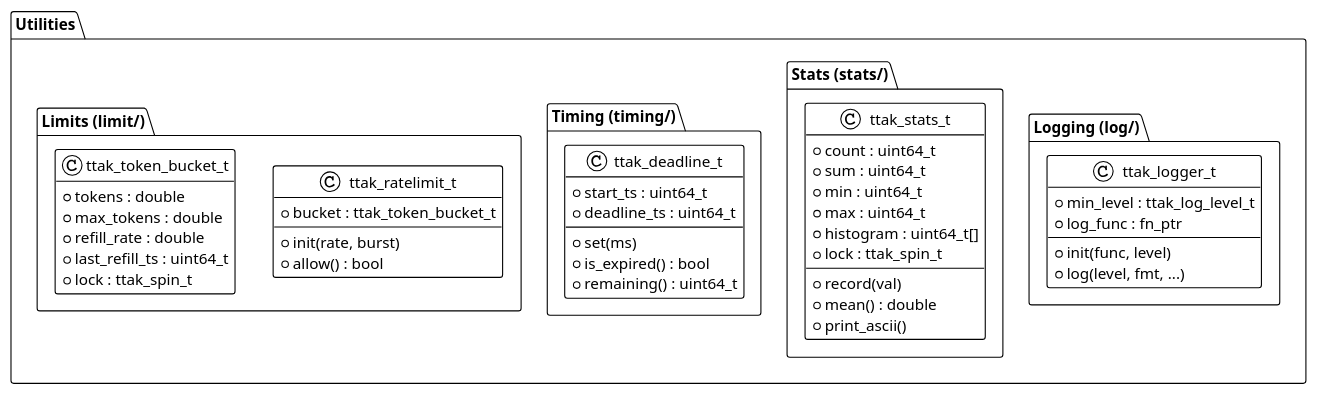
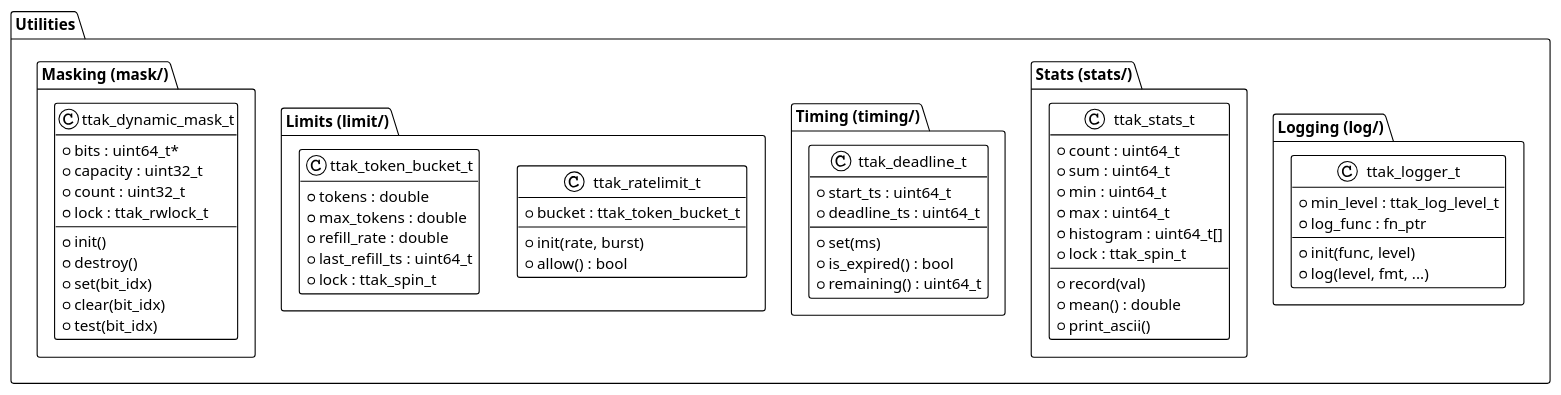
One commit to Religiya-Serdtsa/libttak changed the diagram in blueprints/06_utilities.puml. Above: the diagram before and after it, drawn with PlantUML. The commit also changed 20 other files, not shown here.

```diff
--- a/blueprints/06_utilities.puml
+++ b/blueprints/06_utilities.puml
@@ -1,59 +1,74 @@
 @startuml
 !theme plain
 hide empty members
 
 package "Utilities" {
     package "Logging (log/)" {
         class ttak_logger_t {
             + min_level : ttak_log_level_t
             + log_func : fn_ptr
             __
             + init(func, level)
             + log(level, fmt, ...)
         }
     }
 
     package "Stats (stats/)" {
         class ttak_stats_t {
             + count : uint64_t
             + sum : uint64_t
             + min : uint64_t
             + max : uint64_t
             + histogram : uint64_t[]
             + lock : ttak_spin_t
             __
             + record(val)
             + mean() : double
             + print_ascii()
         }
     }
 
     package "Timing (timing/)" {
         class ttak_deadline_t {
             + start_ts : uint64_t
             + deadline_ts : uint64_t
             __
             + set(ms)
             + is_expired() : bool
             + remaining() : uint64_t
         }
     }
 
     package "Limits (limit/)" {
         class ttak_ratelimit_t {
             + bucket : ttak_token_bucket_t
             __
             + init(rate, burst)
             + allow() : bool
         }
 
         class ttak_token_bucket_t {
             + tokens : double
             + max_tokens : double
             + refill_rate : double
             + last_refill_ts : uint64_t
             + lock : ttak_spin_t
         }
     }
+
+    package "Masking (mask/)" {
+        class ttak_dynamic_mask_t {
+            + bits : uint64_t*
+            + capacity : uint32_t
+            + count : uint32_t
+            + lock : ttak_rwlock_t
+            __
+            + init()
+            + destroy()
+            + set(bit_idx)
+            + clear(bit_idx)
+            + test(bit_idx)
+        }
+    }
 }
 @enduml
```
